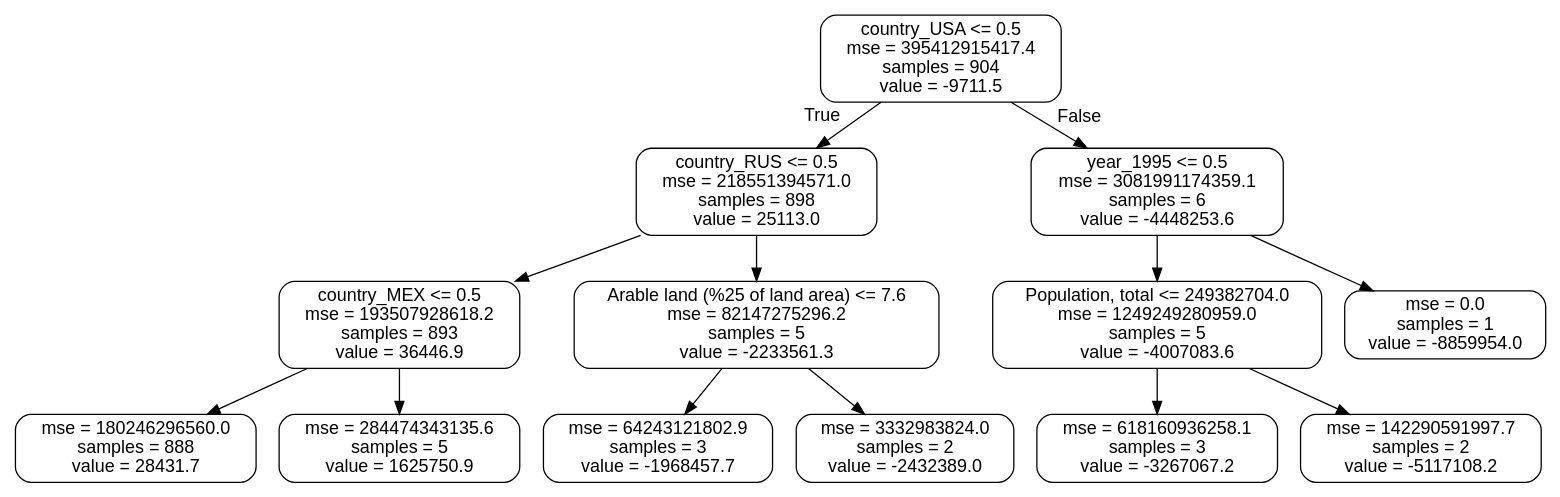
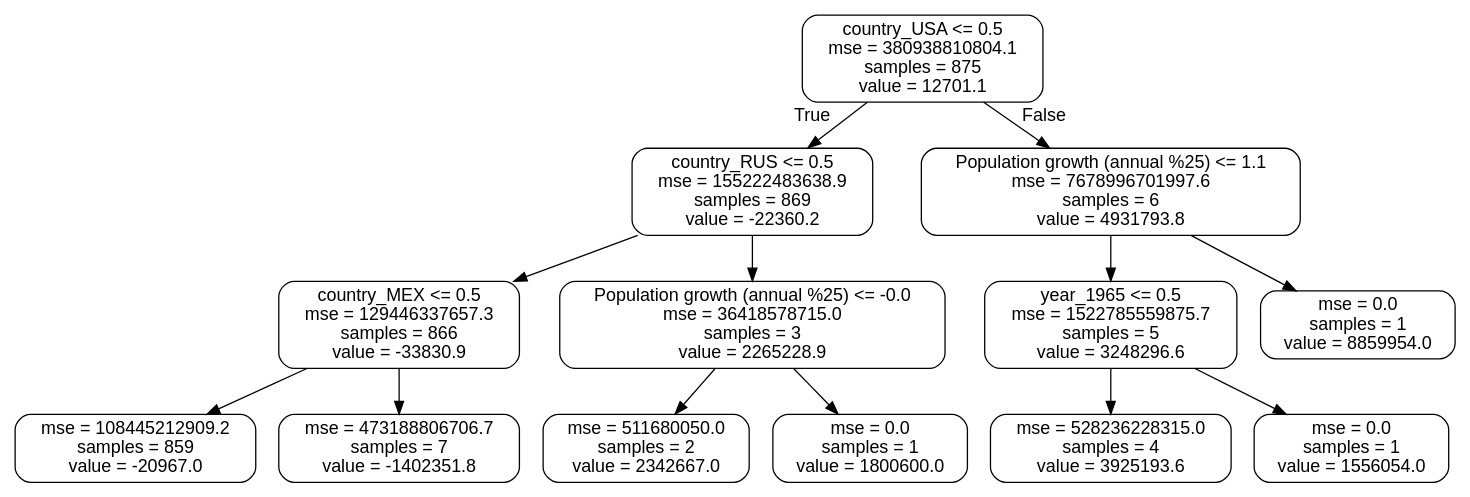
Before and after one commit to Multinational-Minds/BDA: the diagram in small_tree.dot, drawn with Graphviz. The commit also changed 12 other files, not shown here.

```diff
--- a/small_tree.dot
+++ b/small_tree.dot
@@ -1,29 +1,29 @@
 digraph Tree {
 node [shape=box, style="rounded", color="black", fontname=helvetica] ;
 edge [fontname=helvetica] ;
-0 [label="country_USA <= 0.5\nmse = 395412915417.4\nsamples = 904\nvalue = -9711.5"] ;
-1 [label="country_RUS <= 0.5\nmse = 218551394571.0\nsamples = 898\nvalue = 25113.0"] ;
+0 [label="country_USA <= 0.5\nmse = 380938810804.1\nsamples = 875\nvalue = 12701.1"] ;
+1 [label="country_RUS <= 0.5\nmse = 155222483638.9\nsamples = 869\nvalue = -22360.2"] ;
 0 -> 1 [labeldistance=2.5, labelangle=45, headlabel="True"] ;
-2 [label="country_MEX <= 0.5\nmse = 193507928618.2\nsamples = 893\nvalue = 36446.9"] ;
+2 [label="country_MEX <= 0.5\nmse = 129446337657.3\nsamples = 866\nvalue = -33830.9"] ;
 1 -> 2 ;
-3 [label="mse = 180246296560.0\nsamples = 888\nvalue = 28431.7"] ;
+3 [label="mse = 108445212909.2\nsamples = 859\nvalue = -20967.0"] ;
 2 -> 3 ;
-4 [label="mse = 284474343135.6\nsamples = 5\nvalue = 1625750.9"] ;
+4 [label="mse = 473188806706.7\nsamples = 7\nvalue = -1402351.8"] ;
 2 -> 4 ;
-5 [label="Arable land (%25 of land area) <= 7.6\nmse = 82147275296.2\nsamples = 5\nvalue = -2233561.3"] ;
+5 [label="Population growth (annual %25) <= -0.0\nmse = 36418578715.0\nsamples = 3\nvalue = 2265228.9"] ;
 1 -> 5 ;
-6 [label="mse = 64243121802.9\nsamples = 3\nvalue = -1968457.7"] ;
+6 [label="mse = 511680050.0\nsamples = 2\nvalue = 2342667.0"] ;
 5 -> 6 ;
-7 [label="mse = 3332983824.0\nsamples = 2\nvalue = -2432389.0"] ;
+7 [label="mse = 0.0\nsamples = 1\nvalue = 1800600.0"] ;
 5 -> 7 ;
-8 [label="year_1995 <= 0.5\nmse = 3081991174359.1\nsamples = 6\nvalue = -4448253.6"] ;
+8 [label="Population growth (annual %25) <= 1.1\nmse = 7678996701997.6\nsamples = 6\nvalue = 4931793.8"] ;
 0 -> 8 [labeldistance=2.5, labelangle=-45, headlabel="False"] ;
-9 [label="Population, total <= 249382704.0\nmse = 1249249280959.0\nsamples = 5\nvalue = -4007083.6"] ;
+9 [label="year_1965 <= 0.5\nmse = 1522785559875.7\nsamples = 5\nvalue = 3248296.6"] ;
 8 -> 9 ;
-10 [label="mse = 618160936258.1\nsamples = 3\nvalue = -3267067.2"] ;
+10 [label="mse = 528236228315.0\nsamples = 4\nvalue = 3925193.6"] ;
 9 -> 10 ;
-11 [label="mse = 142290591997.7\nsamples = 2\nvalue = -5117108.2"] ;
+11 [label="mse = 0.0\nsamples = 1\nvalue = 1556054.0"] ;
 9 -> 11 ;
-12 [label="mse = 0.0\nsamples = 1\nvalue = -8859954.0"] ;
+12 [label="mse = 0.0\nsamples = 1\nvalue = 8859954.0"] ;
 8 -> 12 ;
 }
```
